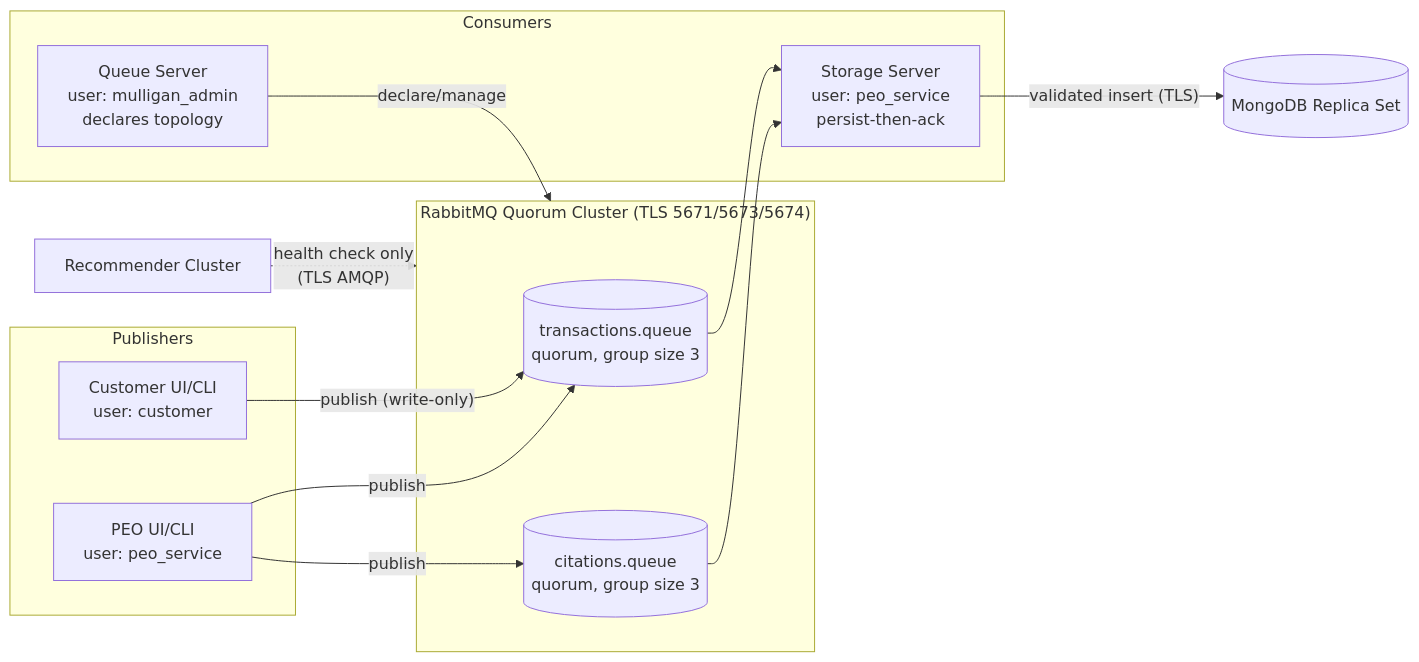
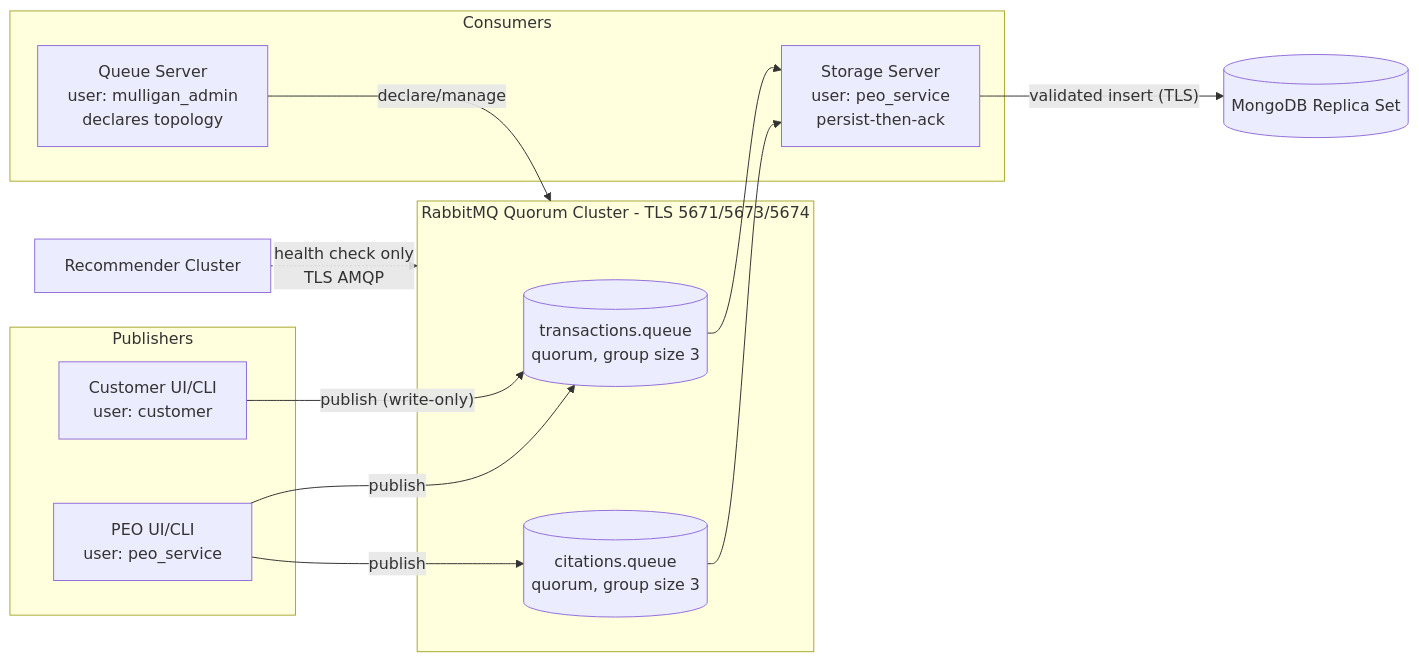
The diagram in QueueServerDesign.md (walamr/distributed-parking-system), drawn with Mermaid before and after one commit. The commit also changed other lines of this file and 5 other files, not shown here.

Commit message:
docs: update project documentation, diagrams, versioning, and team task tracking

````diff
--- a/QueueServerDesign.md
+++ b/QueueServerDesign.md
@@ -22,23 +22,23 @@
 ```mermaid
 flowchart LR
-    subgraph Publishers
-        C[Customer UI/CLI\nuser: customer]
-        P[PEO UI/CLI\nuser: peo_service]
+    subgraph Publishers["Publishers"]
+        C["Customer UI/CLI<br/>user: customer"]
+        P["PEO UI/CLI<br/>user: peo_service"]
     end
-    subgraph Broker["RabbitMQ Quorum Cluster (TLS 5671/5673/5674)"]
-        TQ[(transactions.queue\nquorum, group size 3)]
-        CQ[(citations.queue\nquorum, group size 3)]
+    subgraph Broker["RabbitMQ Quorum Cluster - TLS 5671/5673/5674"]
+        TQ[("transactions.queue<br/>quorum, group size 3")]
+        CQ[("citations.queue<br/>quorum, group size 3")]
     end
-    subgraph Consumers
-        QS[Queue Server\nuser: mulligan_admin\ndeclares topology]
-        SS[Storage Server\nuser: peo_service\npersist-then-ack]
+    subgraph Consumers["Consumers"]
+        QS["Queue Server<br/>user: mulligan_admin<br/>declares topology"]
+        SS["Storage Server<br/>user: peo_service<br/>persist-then-ack"]
     end
-    R[Recommender Cluster] -. "health check only\n(TLS AMQP)" .-> Broker
+    R["Recommender Cluster"] -. "health check only<br/>TLS AMQP" .-> Broker
     C -- "publish (write-only)" --> TQ
     P -- "publish" --> TQ
     P -- "publish" --> CQ
     TQ --> SS
     CQ --> SS
     QS -- "declare/manage" --> Broker
-    SS -- "validated insert (TLS)" --> M[(MongoDB Replica Set)]
+    SS -- "validated insert (TLS)" --> M[("MongoDB Replica Set")]
 ```
````
